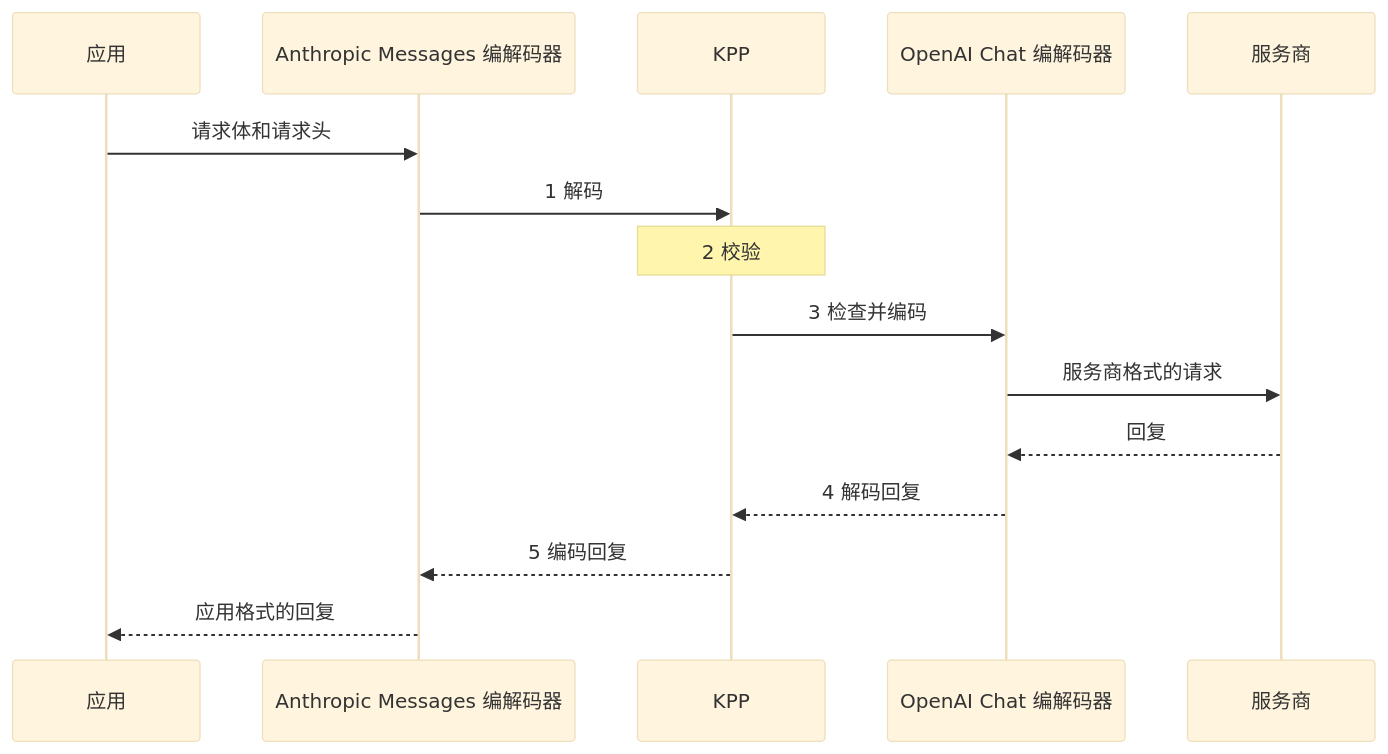
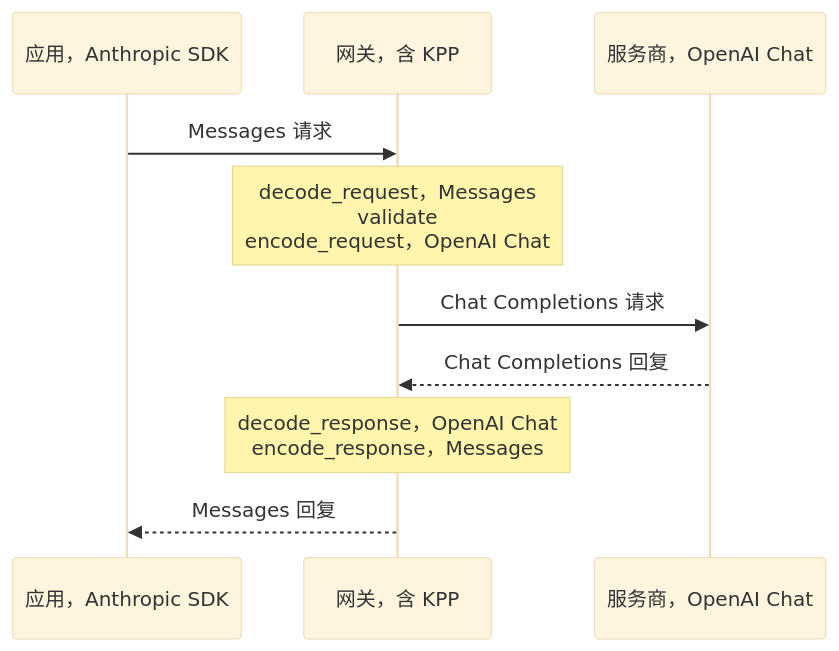
Before and after one commit to logicplanes/kaeso: the diagram in apps/docs/content/zh-CN/development/kpp/index.md, drawn with Mermaid (base theme). The commit also changed 89 other files, not shown here.

First line of the commit message:
Redraw the development pages' diagrams around what a contributor changes

````diff
--- a/apps/docs/content/zh-CN/development/kpp/index.md
+++ b/apps/docs/content/zh-CN/development/kpp/index.md
@@ -36,19 +36,14 @@
 ```mermaid
 sequenceDiagram
   accTitle: 请求经过 KPP 的路径
-  accDescr: Anthropic Messages 编解码器把应用的请求解码为 KPP 并进行校验。OpenAI Chat Completions 编解码器检查并编码它，网关再把它发送给服务商。服务商的回复由同一个编解码器解码为 KPP，再由应用一侧的编解码器以应用的格式编码。
-  participant App as 应用
-  participant In as Anthropic Messages 编解码器
-  participant KPP
-  participant Out as OpenAI Chat 编解码器
-  participant Provider as 服务商
-  App->>In: 请求体和请求头
-  In->>KPP: 1 解码
-  Note over KPP: 2 校验
-  KPP->>Out: 3 检查并编码
-  Out->>Provider: 服务商格式的请求
-  Provider-->>Out: 回复
-  Out-->>KPP: 4 解码回复
-  KPP-->>In: 5 编码回复
-  In-->>App: 应用格式的回复
+  accDescr: 使用 Anthropic SDK 的应用发送 Messages 请求。在网关中，KPP 用 Messages 编解码器解码请求、进行校验，再用 OpenAI Chat 编解码器编码，网关随后把它发送给服务商。KPP 用 OpenAI Chat 编解码器解码服务商的回复，再用 Messages 编解码器为应用编码。
+  participant App as 应用，Anthropic SDK
+  participant Gateway as 网关，含 KPP
+  participant Provider as 服务商，OpenAI Chat
+  App->>Gateway: Messages 请求
+  Note over Gateway: decode_request，Messages<br>validate<br>encode_request，OpenAI Chat
+  Gateway->>Provider: Chat Completions 请求
+  Provider-->>Gateway: Chat Completions 回复
+  Note over Gateway: decode_response，OpenAI Chat<br>encode_response，Messages
+  Gateway-->>App: Messages 回复
 ```
````
